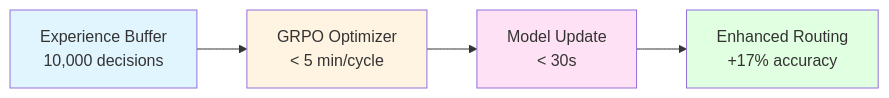
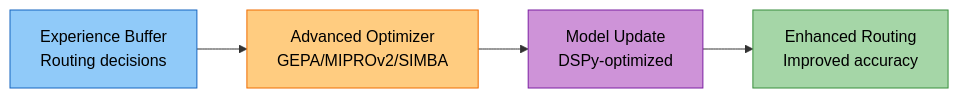
Before and after one commit to amit-jain/cogniverse: the third of 5 diagrams in docs/operations/performance-monitoring.md, drawn with Mermaid. The commit also changed other lines of this file and 83 other files, not shown here.

First line of the commit message:
Fix documentation veracity, formatting, and diagrams across all modules

````diff
--- a/docs/operations/performance-monitoring.md
+++ b/docs/operations/performance-monitoring.md
@@ -145,15 +155,15 @@
 ```mermaid
-graph LR
-    Experience[Experience Buffer<br/>10,000 decisions]
+flowchart LR
+    Experience["<span style='color:#000'>Experience Buffer<br/>Routing decisions</span>"]
 
-    Experience --> GRPO[GRPO Optimizer<br/>< 5 min/cycle]
+    Experience --> Optimizer["<span style='color:#000'>Advanced Optimizer<br/>GEPA/MIPROv2/SIMBA</span>"]
 
-    GRPO --> ModelUpdate[Model Update<br/>< 30s]
+    Optimizer --> ModelUpdate["<span style='color:#000'>Model Update<br/>DSPy-optimized</span>"]
 
-    ModelUpdate --> Routing[Enhanced Routing<br/>+17% accuracy]
+    ModelUpdate --> Routing["<span style='color:#000'>Enhanced Routing<br/>Improved accuracy</span>"]
 
-    style Experience fill:#e1f5ff
-    style GRPO fill:#fff4e1
-    style ModelUpdate fill:#ffe1f5
-    style Routing fill:#e1ffe1
+    style Experience fill:#90caf9,stroke:#1565c0,color:#000
+    style Optimizer fill:#ffcc80,stroke:#ef6c00,color:#000
+    style ModelUpdate fill:#ce93d8,stroke:#7b1fa2,color:#000
+    style Routing fill:#a5d6a7,stroke:#388e3c,color:#000
 ```
````
